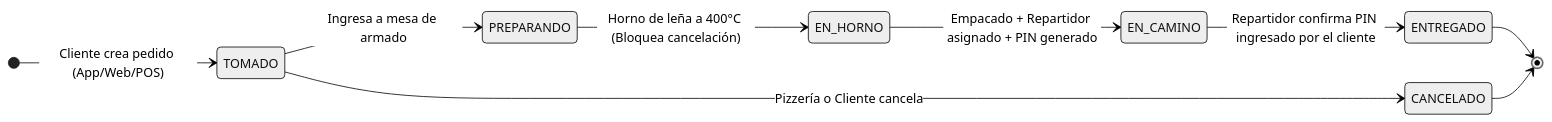
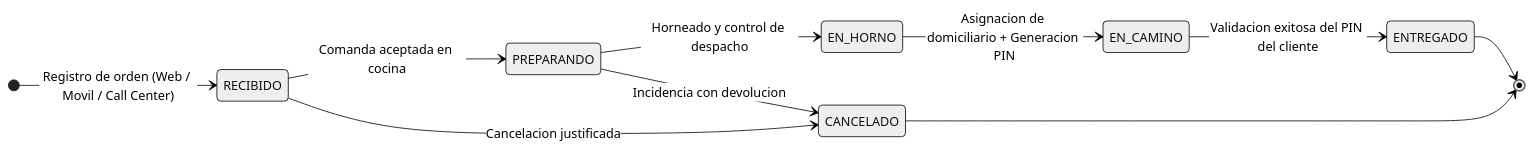
The second of 2 diagrams in README.md (SR-PIZZA/sr-pizza-showcase), drawn with Mermaid (neutral theme) before and after one commit. The commit also changed other lines of this file, not shown here.

Commit message:
docs: actualizar showcase con arquitectura omnicanal y capacidades completas

````diff
--- a/README.md
+++ b/README.md
@@ -45,18 +138,19 @@
 ```mermaid
 stateDiagram-v2
     direction LR
 
-    [*] --> TOMADO : Cliente crea pedido (App/Web/POS)
+    [*] --> RECIBIDO : Registro de orden (Web / Movil / Call Center)
     
-    TOMADO --> PREPARANDO : Ingresa a mesa de armado
-    TOMADO --> CANCELADO : Pizzería o Cliente cancela
+    RECIBIDO --> PREPARANDO : Comanda aceptada en cocina
+    RECIBIDO --> CANCELADO : Cancelacion justificada
     
-    PREPARANDO --> EN_HORNO : Horno de leña a 400°C (Bloquea cancelación)
+    PREPARANDO --> EN_HORNO : Horneado y control de despacho
+    PREPARANDO --> CANCELADO : Incidencia con devolucion
     
-    EN_HORNO --> EN_CAMINO : Empacado + Repartidor asignado + PIN generado
+    EN_HORNO --> EN_CAMINO : Asignacion de domiciliario + Generacion PIN
     
-    EN_CAMINO --> ENTREGADO : Repartidor confirma PIN ingresado por el cliente
+    EN_CAMINO --> ENTREGADO : Validacion exitosa del PIN del cliente
     
     ENTREGADO --> [*]
     CANCELADO --> [*]
 ```
````
